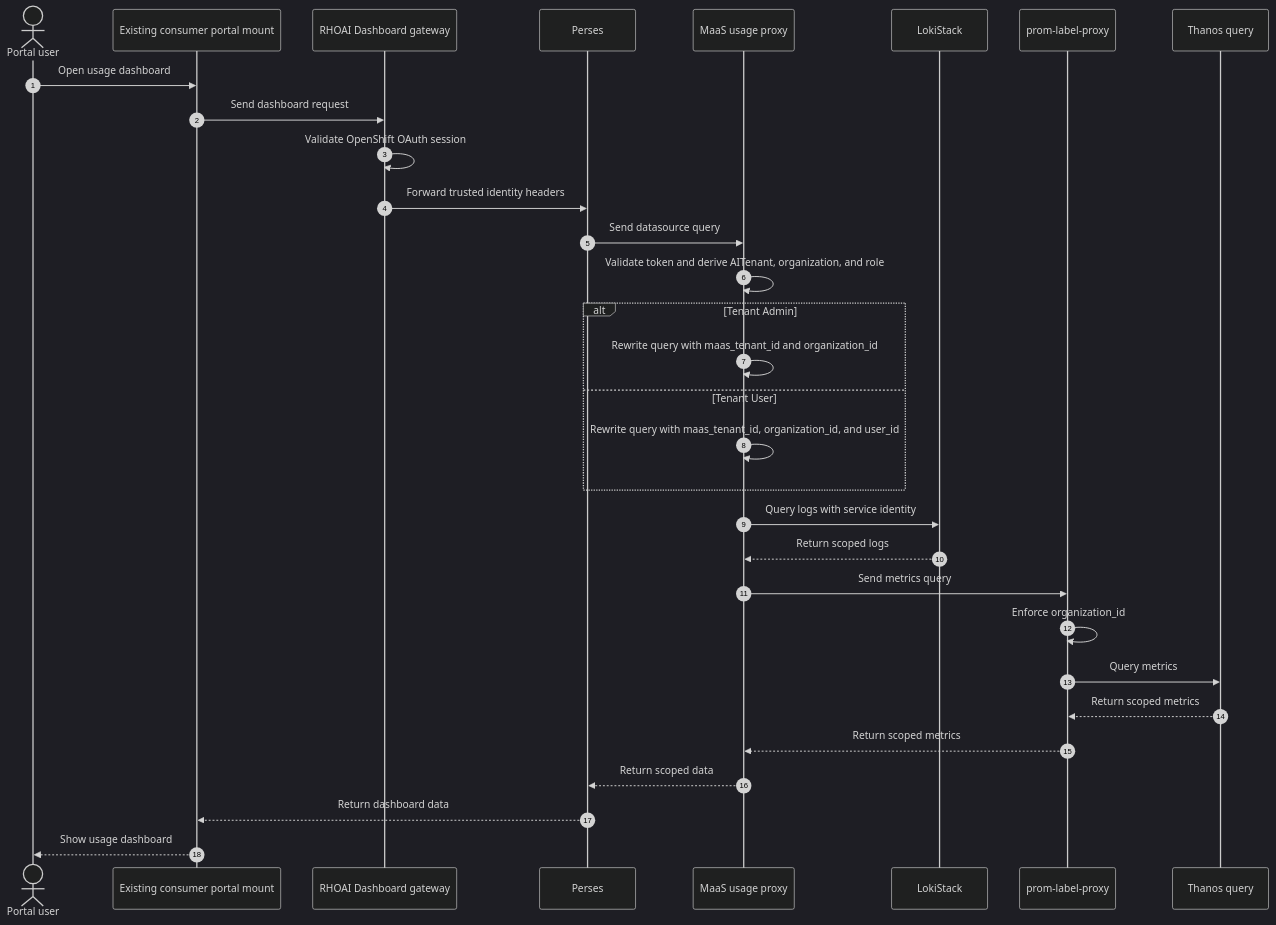
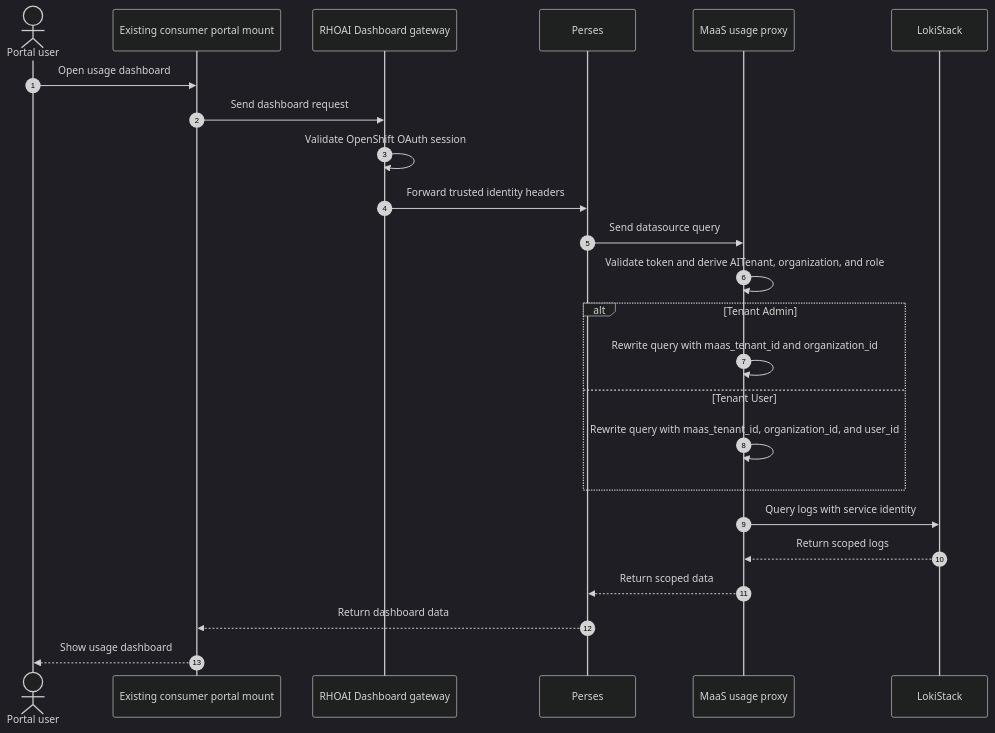
The third of 3 diagrams in architecture-decision-records/model-serving/ODH-ADR-MS-0009-maas-usage-dashboard-oidc-authorization-and-data-scoping.md (opendatahub-io/architecture-decision-records), drawn with Mermaid (dark theme) before and after one commit. The commit also changed other lines of this file, not shown here.

Commit message:
Limit to Loki usage dashboards

````diff
--- a/architecture-decision-records/model-serving/ODH-ADR-MS-0009-maas-usage-dashboard-oidc-authorization-and-data-scoping.md
+++ b/architecture-decision-records/model-serving/ODH-ADR-MS-0009-maas-usage-dashboard-oidc-authorization-and-data-scoping.md
@@ -159,36 +148,29 @@
 ```mermaid
 sequenceDiagram
   autonumber
   actor User as Portal user
   participant UI as Existing consumer portal mount
   participant Gateway as RHOAI Dashboard gateway
   participant Perses as Perses
   participant Usage as MaaS usage proxy
   participant Loki as LokiStack
-  participant Label as prom-label-proxy
-  participant Thanos as Thanos query
 
   User->>UI: Open usage dashboard
   UI->>Gateway: Send dashboard request
   Gateway->>Gateway: Validate OpenShift OAuth session
   Gateway->>Perses: Forward trusted identity headers
   Perses->>Usage: Send datasource query
   Usage->>Usage: Validate token and derive AITenant, organization, and role
 
   alt Tenant Admin
     Usage->>Usage: Rewrite query with maas_tenant_id and organization_id
   else Tenant User
     Usage->>Usage: Rewrite query with maas_tenant_id, organization_id, and user_id
   end
 
   Usage->>Loki: Query logs with service identity
   Loki-->>Usage: Return scoped logs
-  Usage->>Label: Send metrics query
-  Label->>Label: Enforce organization_id
-  Label->>Thanos: Query metrics
-  Thanos-->>Label: Return scoped metrics
-  Label-->>Usage: Return scoped metrics
   Usage-->>Perses: Return scoped data
   Perses-->>UI: Return dashboard data
   UI-->>User: Show usage dashboard
 ```
````
